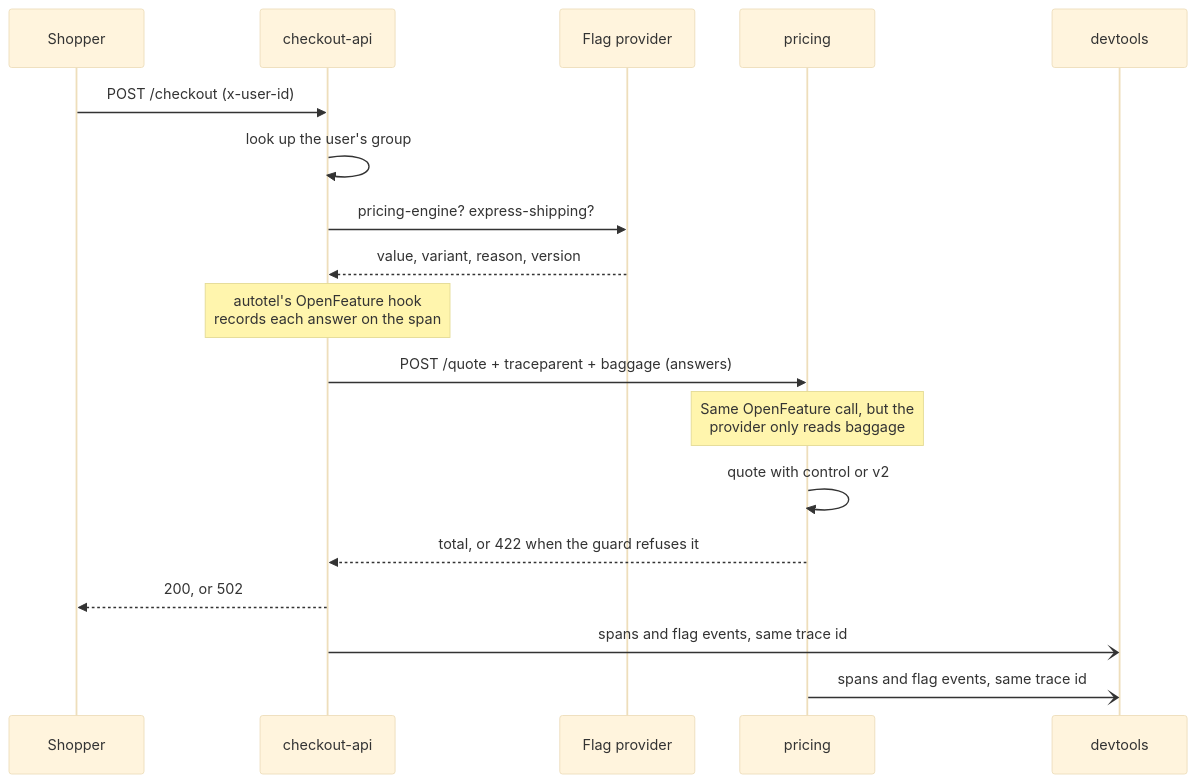
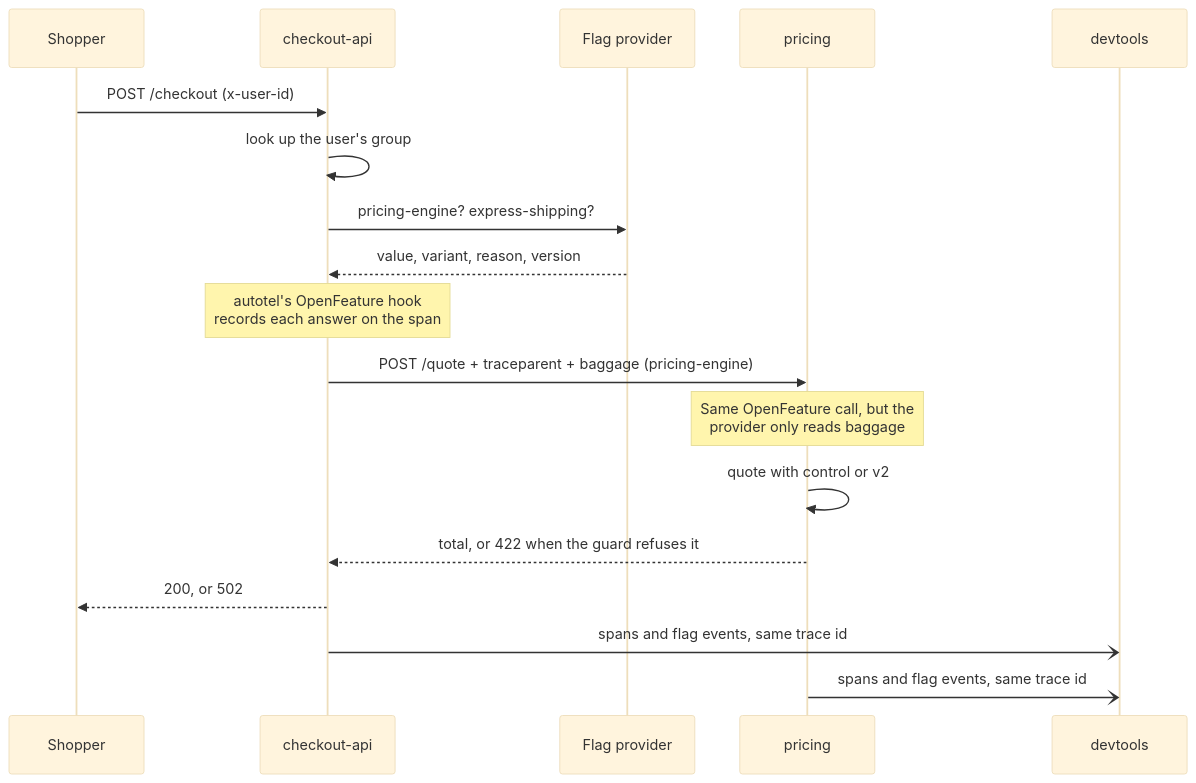
The second of 4 diagrams in README.md (jagreehal/autotel-feature-flags-demo), drawn with Mermaid (base theme) before and after one commit. The commit also changed other lines of this file and 17 other files, not shown here.

````diff
--- a/README.md
+++ b/README.md
@@ -141,21 +197,21 @@
 ```mermaid
 sequenceDiagram
   participant S as Shopper
   participant A as checkout-api
   participant F as Flag provider
   participant P as pricing
   participant D as devtools
 
   S->>A: POST /checkout (x-user-id)
   A->>A: look up the user's group
   A->>F: pricing-engine? express-shipping?
   F-->>A: value, variant, reason, version
   Note over A: autotel's OpenFeature hook<br/>records each answer on the span
-  A->>P: POST /quote + traceparent + baggage (answers)
+  A->>P: POST /quote + traceparent + baggage (pricing-engine)
   Note over P: Same OpenFeature call, but the<br/>provider only reads baggage
   P->>P: quote with control or v2
   P-->>A: total, or 422 when the guard refuses it
   A-->>S: 200, or 502
   A-)D: spans and flag events, same trace id
   P-)D: spans and flag events, same trace id
 ```
````
